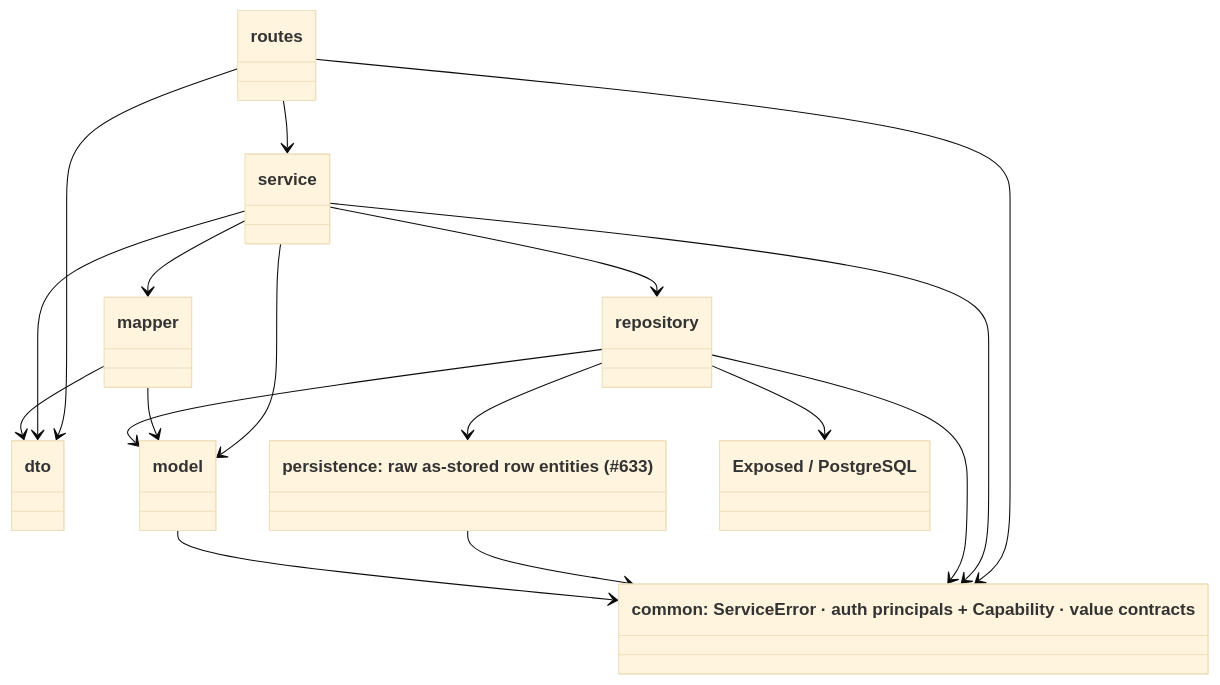
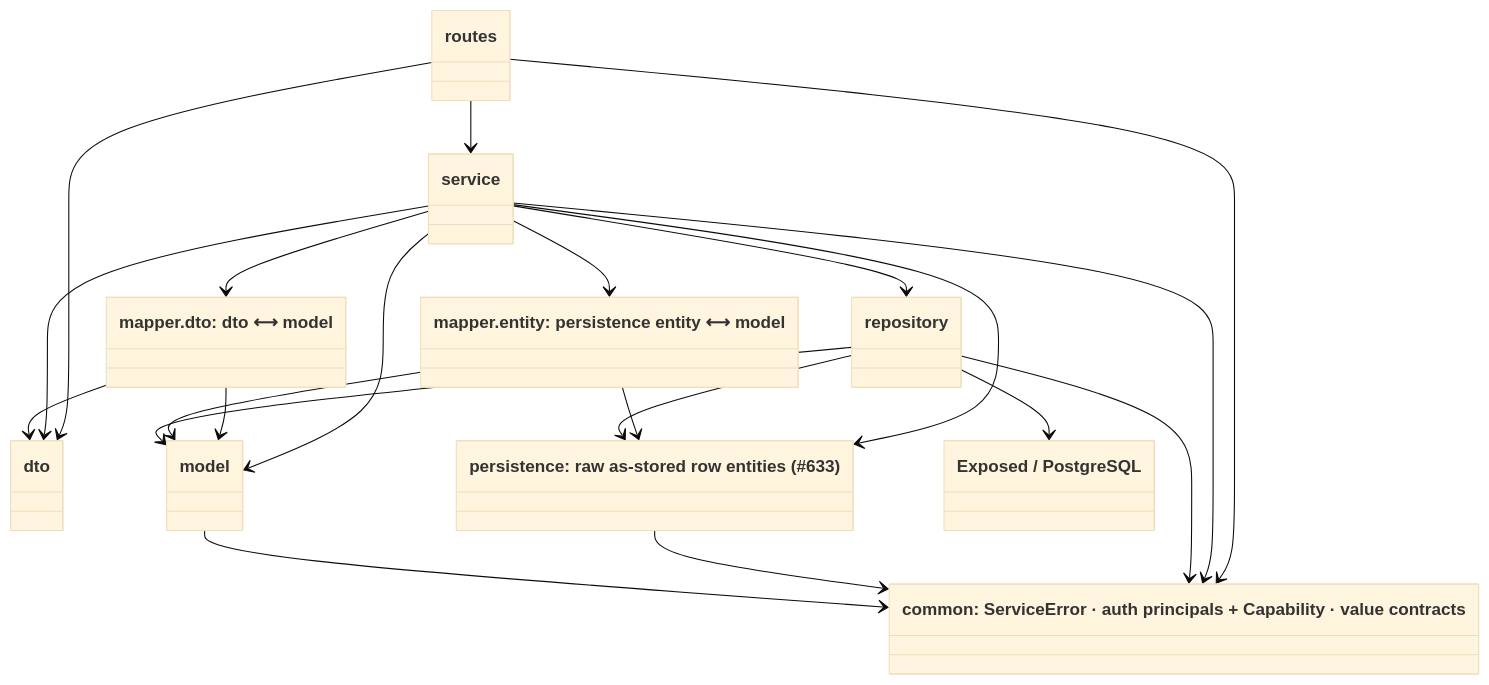
Before and after one commit to cybergrouch/skopeo: the first of 4 diagrams in docs/engineering/architecture/BACKEND_ARCHITECTURE.md, drawn with Mermaid (base theme). The commit also changed other lines of this file and 79 other files, not shown here.

````diff
--- a/docs/engineering/architecture/BACKEND_ARCHITECTURE.md
+++ b/docs/engineering/architecture/BACKEND_ARCHITECTURE.md
@@ -121,28 +129,33 @@
 ```mermaid
 classDiagram
     class routes
     class service
-    class mapper
+    class mapperDto["mapper.dto: dto ⟷ model"]
+    class mapperEntity["mapper.entity: persistence entity ⟷ model"]
     class repository
     class dto
     class model
     class persistence["persistence: raw as-stored row entities (#633)"]
     class common["common: ServiceError · auth principals + Capability · value contracts"]
     class DB["Exposed / PostgreSQL"]
     routes --> service
     routes --> dto
     routes --> common
     service --> repository
-    service --> mapper
+    service --> mapperDto
+    service --> mapperEntity
     service --> dto
     service --> model
+    service --> persistence
     service --> common
-    mapper --> dto
-    mapper --> model
+    mapperDto --> dto
+    mapperDto --> model
+    mapperEntity --> persistence
+    mapperEntity --> model
     repository --> persistence
     repository --> model
     repository --> common
     persistence --> common
     model --> common
     repository --> DB
 ```
````
